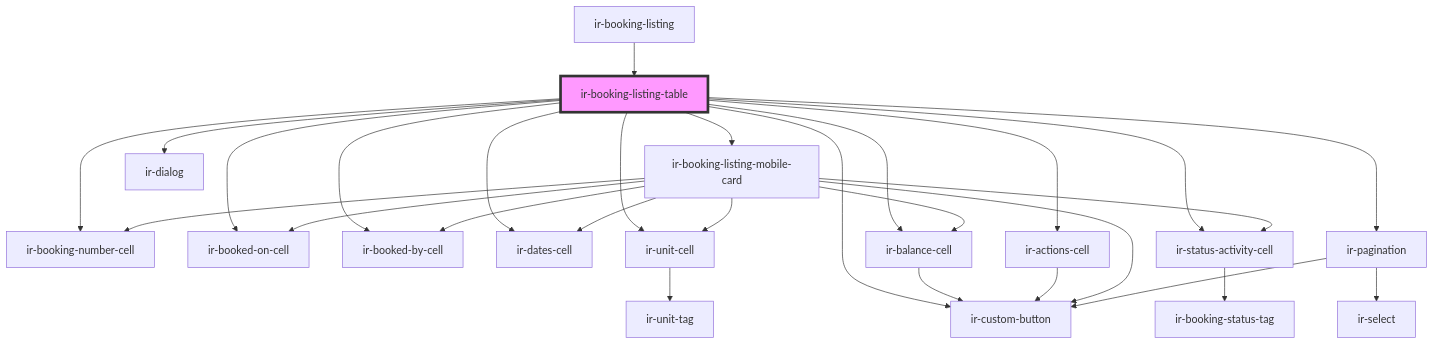
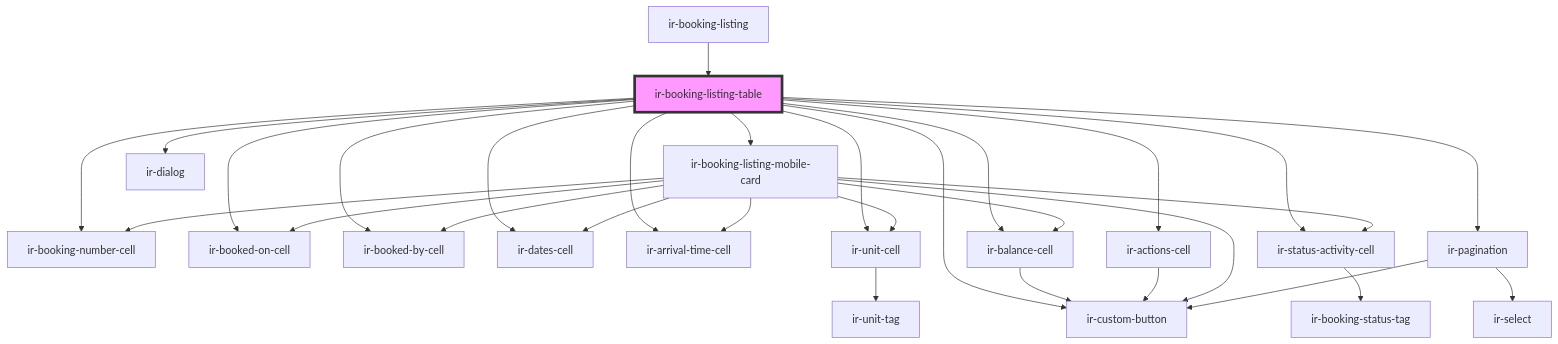
One commit to RonyRizk/ir-webcmp changed the diagram in src/components/ir-booking-listing/ir-booking-listing-table/readme.md. Above: the diagram before and after it, drawn with Mermaid. The commit also changed other lines of this file and 44 other files, not shown here.

````diff
--- a/src/components/ir-booking-listing/ir-booking-listing-table/readme.md
+++ b/src/components/ir-booking-listing/ir-booking-listing-table/readme.md
@@ -39,31 +40,33 @@
 ```mermaid
 graph TD;
   ir-booking-listing-table --> ir-booking-number-cell
   ir-booking-listing-table --> ir-booked-on-cell
   ir-booking-listing-table --> ir-booked-by-cell
   ir-booking-listing-table --> ir-dates-cell
+  ir-booking-listing-table --> ir-arrival-time-cell
   ir-booking-listing-table --> ir-unit-cell
   ir-booking-listing-table --> ir-balance-cell
   ir-booking-listing-table --> ir-status-activity-cell
   ir-booking-listing-table --> ir-actions-cell
   ir-booking-listing-table --> ir-custom-button
   ir-booking-listing-table --> ir-booking-listing-mobile-card
   ir-booking-listing-table --> ir-pagination
   ir-booking-listing-table --> ir-dialog
   ir-unit-cell --> ir-unit-tag
   ir-balance-cell --> ir-custom-button
   ir-status-activity-cell --> ir-booking-status-tag
   ir-actions-cell --> ir-custom-button
   ir-booking-listing-mobile-card --> ir-unit-cell
   ir-booking-listing-mobile-card --> ir-booking-number-cell
   ir-booking-listing-mobile-card --> ir-status-activity-cell
   ir-booking-listing-mobile-card --> ir-booked-by-cell
   ir-booking-listing-mobile-card --> ir-booked-on-cell
   ir-booking-listing-mobile-card --> ir-dates-cell
+  ir-booking-listing-mobile-card --> ir-arrival-time-cell
   ir-booking-listing-mobile-card --> ir-balance-cell
   ir-booking-listing-mobile-card --> ir-custom-button
   ir-pagination --> ir-select
   ir-pagination --> ir-custom-button
   ir-booking-listing --> ir-booking-listing-table
   style ir-booking-listing-table fill:#f9f,stroke:#333,stroke-width:4px
 ```
````
